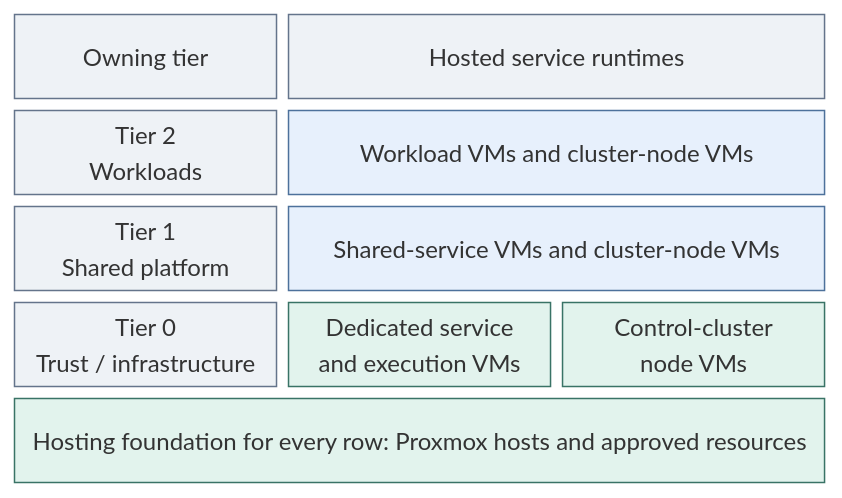
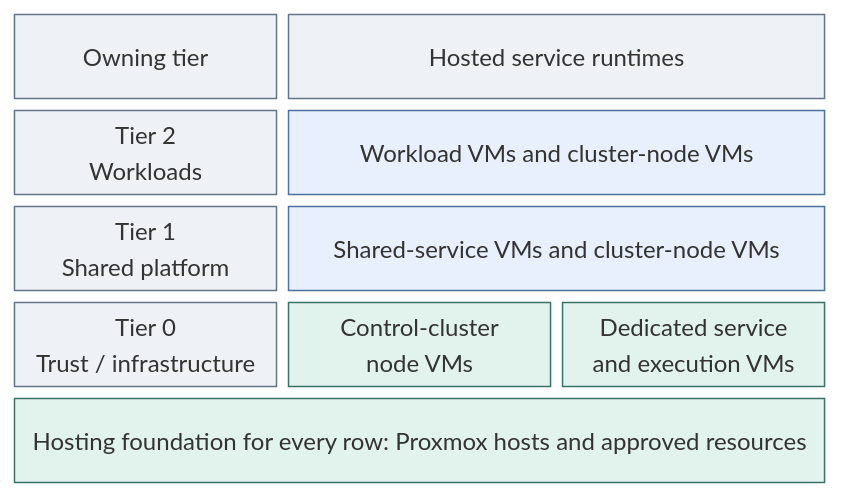
One commit to Rexus/homelab changed the first of 2 diagrams in docs/architecture/compute/runtime.md. Above: the diagram before and after it, drawn with Mermaid. The commit also changed other lines of this file and 89 other files, not shown here.

Commit message:
docs(deployment): align capability stages and diagrams

````diff
--- a/docs/architecture/compute/runtime.md
+++ b/docs/architecture/compute/runtime.md
@@ -23,17 +23,17 @@
 ```mermaid
 block-beta
   columns 3
   Owner["Owning tier"] Runtime["Hosted service runtimes"]:2
   T2["Tier 2<br/>Workloads"] Workloads["Workload VMs and cluster-node VMs"]:2
   T1["Tier 1<br/>Shared platform"] Shared["Shared-service VMs and cluster-node VMs"]:2
   T0["Tier 0<br/>Trust / infrastructure"]
-  Dedicated["Dedicated service<br/>and execution VMs"] Cluster["Control-cluster<br/>node VMs"]
+  Cluster["Control-cluster<br/>node VMs"] Dedicated["Dedicated service<br/>and execution VMs"]
   Hosts["Hosting foundation for every row: Proxmox hosts and approved resources"]:3
   classDef default fill:#f8fafc,stroke:#64748b,color:#1f2937
   classDef boundary fill:#eef2f6,stroke:#64748b,color:#1f2937
   classDef services fill:#e7f0fc,stroke:#4d719b,color:#203a5b
   classDef control fill:#e2f3ed,stroke:#397366,color:#173f36
   class Owner,Runtime,T2,T1,T0 boundary
   class Workloads,Shared services
   class Dedicated,Cluster,Hosts control
 ```
````
